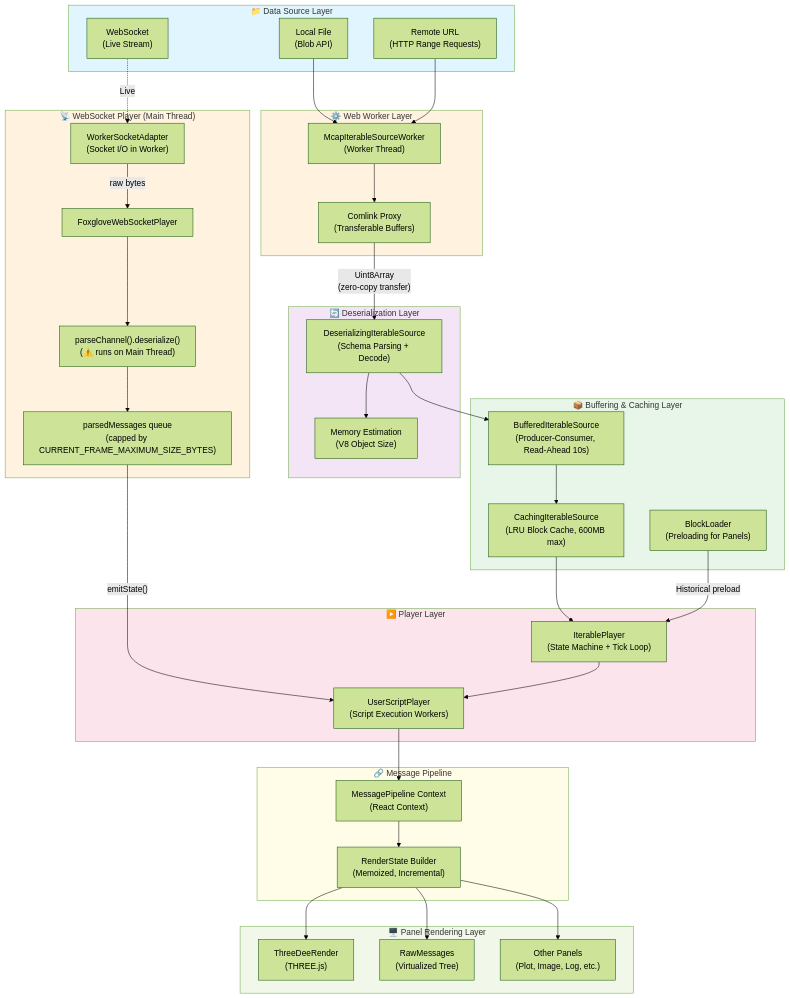
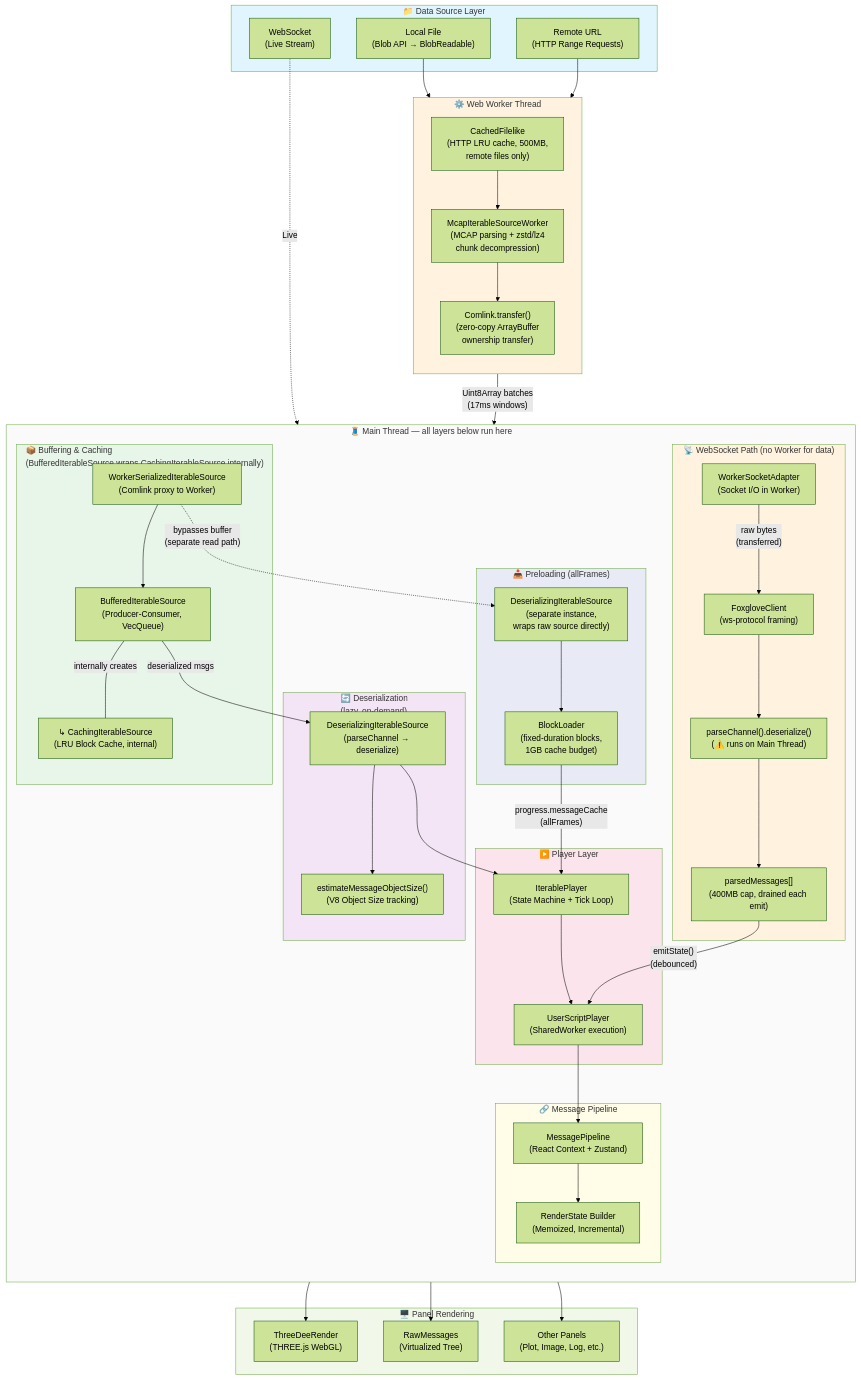
The first of 41 diagrams in docs/performance/README.md (GitHub-ZuoWei/lichtblick), drawn with Mermaid (forest theme) before and after one commit. The commit also changed other lines of this file and 1 other file, not shown here.

Commit message:
feat: enhance performance documentation with detailed pipeline overview and architectural insights

````diff
--- a/docs/performance/README.md
+++ b/docs/performance/README.md
@@ -27,67 +29,86 @@
 ```mermaid
 flowchart TB
     subgraph DataSource["📁 Data Source Layer"]
-        LocalFile["Local File<br/>(Blob API)"]
+        LocalFile["Local File<br/>(Blob API → BlobReadable)"]
         RemoteURL["Remote URL<br/>(HTTP Range Requests)"]
         WebSocket["WebSocket<br/>(Live Stream)"]
     end
 
-    subgraph WorkerLayer["⚙️ Web Worker Layer"]
-        McapWorker["McapIterableSourceWorker<br/>(Worker Thread)"]
-        Comlink["Comlink Proxy<br/>(Transferable Buffers)"]
+    subgraph WorkerThread["⚙️ Web Worker Thread"]
+        direction TB
+        CachedFile["CachedFilelike<br/>(HTTP LRU cache, 500MB,<br/>remote files only)"]
+        McapWorker["McapIterableSourceWorker<br/>(MCAP parsing + zstd/lz4<br/>chunk decompression)"]
+        ComlinkTransfer["Comlink.transfer()<br/>(zero-copy ArrayBuffer<br/>ownership transfer)"]
+        CachedFile --> McapWorker --> ComlinkTransfer
     end
 
-    subgraph DeserLayer["🔄 Deserialization Layer"]
-        DeserSource["DeserializingIterableSource<br/>(Schema Parsing + Decode)"]
-        MemEstimation["Memory Estimation<br/>(V8 Object Size)"]
+    subgraph MainThread["🧵 Main Thread — all layers below run here"]
+        direction TB
+
+        subgraph BufferCacheLayer["📦 Buffering & Caching<br/>(BufferedIterableSource wraps CachingIterableSource internally)"]
+            WorkerProxy["WorkerSerializedIterableSource<br/>(Comlink proxy to Worker)"]
+            BufferedSource["BufferedIterableSource<br/>(Producer-Consumer, VecQueue)"]
+            CachingSource["  ↳ CachingIterableSource<br/>    (LRU Block Cache, internal)"]
+        end
+
+        subgraph DeserLayer["🔄 Deserialization<br/>(lazy, on-demand)"]
+            DeserSource["DeserializingIterableSource<br/>(parseChannel → deserialize)"]
+            MemEstimation["estimateMessageObjectSize()<br/>(V8 Object Size tracking)"]
+        end
+
+        subgraph PreloadLayer["📥 Preloading (allFrames)"]
+            BLDeser["DeserializingIterableSource<br/>(separate instance,<br/>wraps raw source directly)"]
+            BlockLoader["BlockLoader<br/>(fixed-duration blocks,<br/>1GB cache budget)"]
+        end
+
+        subgraph WSPlayerLayer["📡 WebSocket Path (no Worker for data)"]
+            WSWorker["WorkerSocketAdapter<br/>(Socket I/O in Worker)"]
+            WSClient["FoxgloveClient<br/>(ws-protocol framing)"]
+            WSDeser["parseChannel().deserialize()<br/>(⚠️ runs on Main Thread)"]
+            WSBuffer["parsedMessages[]<br/>(400MB cap, drained each emit)"]
+        end
+
+        subgraph PlayerLayer["▶️ Player Layer"]
+            IterablePlayer["IterablePlayer<br/>(State Machine + Tick Loop)"]
+            UserScriptPlayer["UserScriptPlayer<br/>(SharedWorker execution)"]
+        end
+
+        subgraph PipelineLayer["🔗 Message Pipeline"]
+            MsgPipeline["MessagePipeline<br/>(React Context + Zustand)"]
+            RenderState["RenderState Builder<br/>(Memoized, Incremental)"]
+        end
     end
 
-    subgraph BufferLayer["📦 Buffering & Caching Layer"]
-        BufferedSource["BufferedIterableSource<br/>(Producer-Consumer, Read-Ahead 10s)"]
-        CachingSource["CachingIterableSource<br/>(LRU Block Cache, 600MB max)"]
-        BlockLoader["BlockLoader<br/>(Preloading for Panels)"]
-    end
-
-    subgraph WSPlayerLayer["📡 WebSocket Player (Main Thread)"]
-        WSWorker["WorkerSocketAdapter<br/>(Socket I/O in Worker)"]
-        WSPlayer["FoxgloveWebSocketPlayer"]
-        WSDeser["parseChannel().deserialize()<br/>(⚠️ runs on Main Thread)"]
-        WSBuffer["parsedMessages queue<br/>(capped by CURRENT_FRAME_MAXIMUM_SIZE_BYTES)"]
-    end
-
-    subgraph PlayerLayer["▶️ Player Layer"]
-        IterablePlayer["IterablePlayer<br/>(State Machine + Tick Loop)"]
-        UserScriptPlayer["UserScriptPlayer<br/>(Script Execution Workers)"]
-    end
-
-    subgraph PipelineLayer["🔗 Message Pipeline"]
-        MsgPipeline["MessagePipeline Context<br/>(React Context)"]
-        RenderState["RenderState Builder<br/>(Memoized, Incremental)"]
-    end
-
-    subgraph PanelLayer["🖥️ Panel Rendering Layer"]
-        ThreeDee["ThreeDeeRender<br/>(THREE.js)"]
+    subgraph PanelLayer["🖥️ Panel Rendering"]
+        ThreeDee["ThreeDeeRender<br/>(THREE.js WebGL)"]
         RawMsg["RawMessages<br/>(Virtualized Tree)"]
         OtherPanels["Other Panels<br/>(Plot, Image, Log, etc.)"]
     end
 
+    %% File-based pipeline
     LocalFile --> McapWorker
-    RemoteURL --> McapWorker
+    RemoteURL --> CachedFile
+    ComlinkTransfer -->|"Uint8Array batches<br/>(17ms windows)"| WorkerProxy
+
+    WorkerProxy --> BufferedSource
+    BufferedSource ---|"internally creates"| CachingSource
+    BufferedSource -->|"deserialized msgs"| DeserSource
+    DeserSource --> MemEstimation
+    DeserSource --> IterablePlayer
+
+    %% BlockLoader bypasses buffer — reads from raw source
+    WorkerProxy -.->|"bypasses buffer<br/>(separate read path)"| BLDeser
+    BLDeser --> BlockLoader
+    BlockLoader -->|"progress.messageCache<br/>(allFrames)"| IterablePlayer
+
+    %% WebSocket pipeline
     WebSocket -.->|"Live"| WSWorker
+    WSWorker -->|"raw bytes<br/>(transferred)"| WSClient
+    WSClient --> WSDeser
+    WSDeser --> WSBuffer
+    WSBuffer -->|"emitState()<br/>(debounced)"| UserScriptPlayer
 
-    WSWorker -->|"raw bytes"| WSPlayer
-    WSPlayer --> WSDeser
-    WSDeser --> WSBuffer
-    WSBuffer -->|"emitState()"| UserScriptPlayer
-
-    McapWorker --> Comlink
-    Comlink -->|"Uint8Array<br/>(zero-copy transfer)"| DeserSource
-    DeserSource --> MemEstimation
-    DeserSource --> BufferedSource
-    BufferedSource --> CachingSource
-    CachingSource --> IterablePlayer
-    BlockLoader -->|"Historical preload"| IterablePlayer
-
+    %% Player → Panels
     IterablePlayer --> UserScriptPlayer
     UserScriptPlayer --> MsgPipeline
     MsgPipeline --> RenderState
@@ -97,9 +118,11 @@
     RenderState --> OtherPanels
 
     style DataSource fill:#e1f5fe
-    style WorkerLayer fill:#fff3e0
+    style WorkerThread fill:#fff3e0
+    style MainThread fill:#fafafa
+    style BufferCacheLayer fill:#e8f5e9
     style DeserLayer fill:#f3e5f5
-    style BufferLayer fill:#e8f5e9
+    style PreloadLayer fill:#e8eaf6
     style WSPlayerLayer fill:#fff3e0
     style PlayerLayer fill:#fce4ec
     style PipelineLayer fill:#fffde7
````
